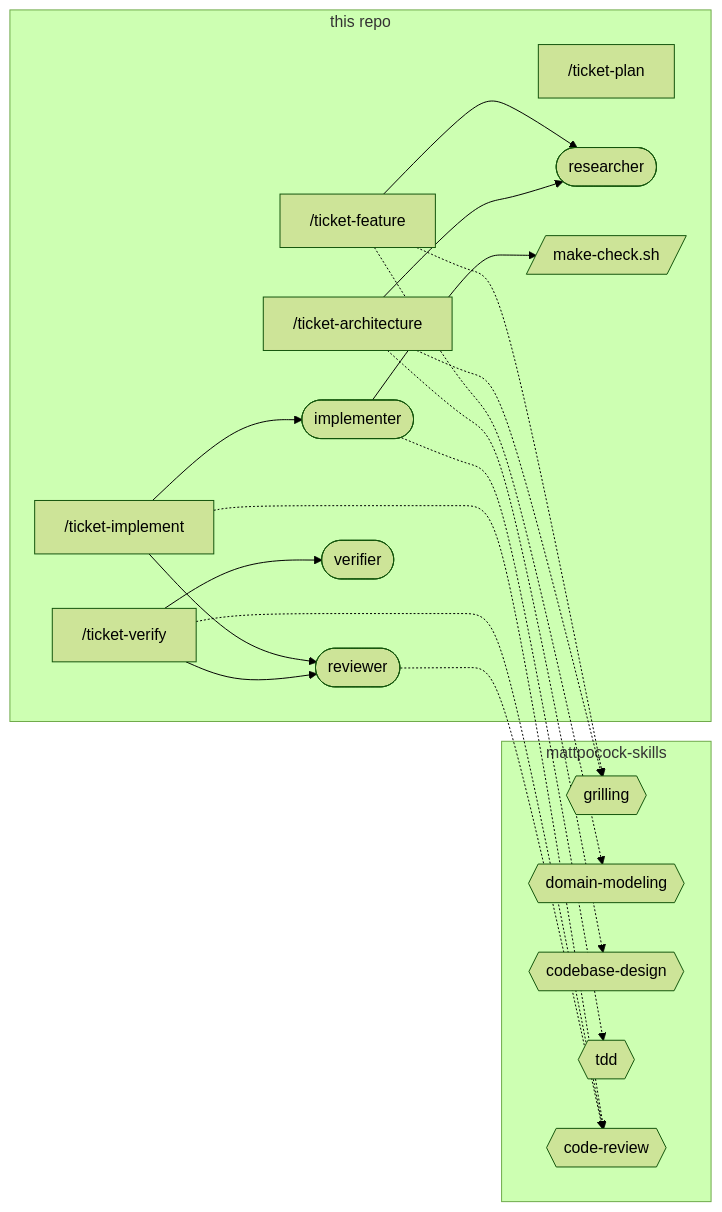
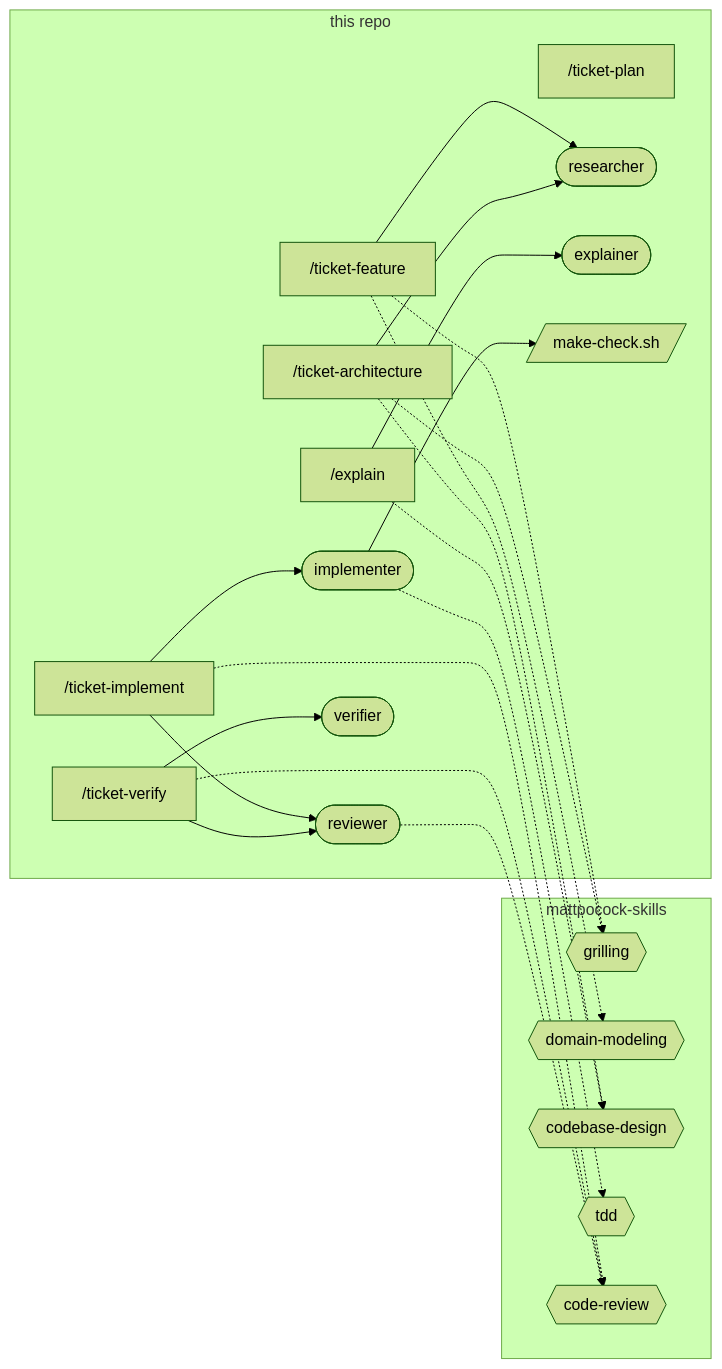
One commit to khotei/app-template changed the second of 3 diagrams in docs/knowledge/sdd.md. Above: the diagram before and after it, drawn with Mermaid (forest theme). The commit also changed other lines of this file and 194 other files, not shown here.

````diff
--- a/docs/knowledge/sdd.md
+++ b/docs/knowledge/sdd.md
@@ -69,33 +71,37 @@
 ```mermaid
 graph LR
   subgraph ours [this repo]
     feature["/ticket-feature"]
     arch["/ticket-architecture"]
     plan["/ticket-plan"]
     impl["/ticket-implement"]
     verify["/ticket-verify"]
+    explain["/explain"]
     researcher([researcher])
     implementer([implementer])
     reviewer([reviewer])
     verifier([verifier])
+    explainer([explainer])
     hook[/make-check.sh/]
   end
   subgraph plugin [mattpocock-skills]
     grilling{{grilling}}
     modeling{{domain-modeling}}
     design{{codebase-design}}
     tdd{{tdd}}
     review{{code-review}}
   end
   feature -.-> grilling & modeling
   feature --> researcher
   arch -.-> design & grilling
   arch --> researcher
   impl --> implementer & reviewer
   impl -.-> review
   implementer -.-> tdd
   implementer --> hook
   verify --> verifier & reviewer
   verify -.-> review
   reviewer -.-> review
+  explain --> explainer
+  explain -.-> design
 ```
````
